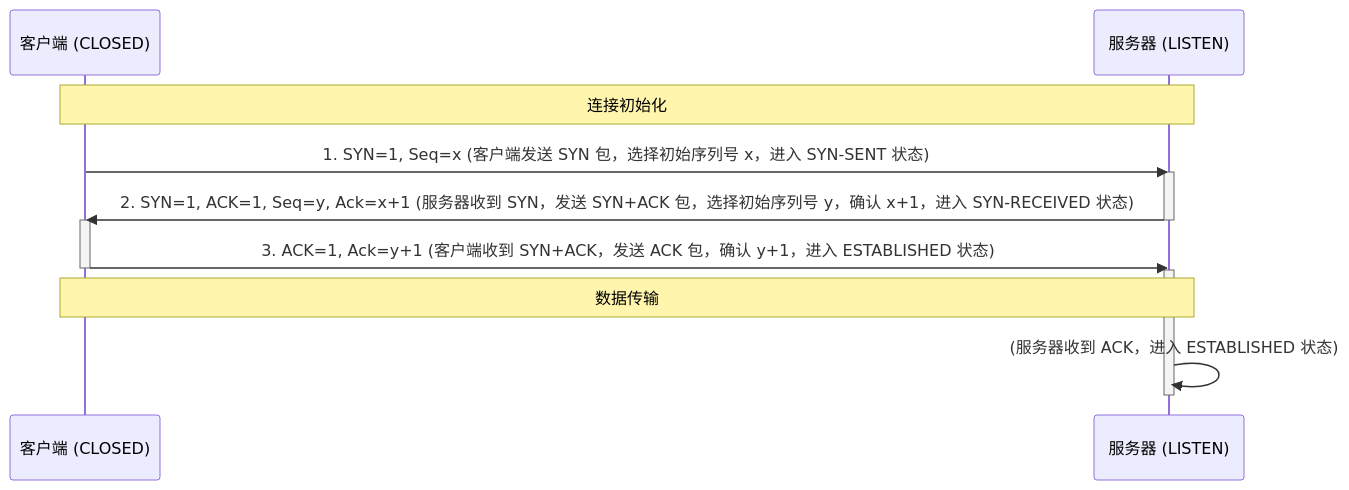
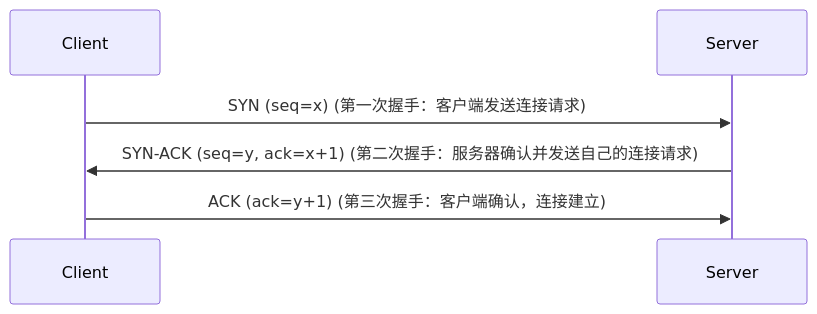
The first of 2 diagrams in source/_posts/2023/2023-03-10_TCP (传输控制协议) 深度详解：可靠、面向连接的字节流基石.md (teatang/t-blog), drawn with Mermaid before and after one commit. The commit also changed other lines of this file and 3 other files, not shown here.

```diff
--- a/source/_posts/2023/2023-03-10_TCP (传输控制协议) 深度详解：可靠、面向连接的字节流基石.md
+++ b/source/_posts/2023/2023-03-10_TCP (传输控制协议) 深度详解：可靠、面向连接的字节流基石.md
@@ -126,18 +102,9 @@
 {% mermaid %}
 sequenceDiagram
-    participant C as 客户端 (CLOSED)
-    participant S as 服务器 (LISTEN)
+    participant Client
+    participant Server
 
-    Note over C,S: 连接初始化
-    C->>S: 1. SYN=1, Seq=x              (客户端发送 SYN 包，选择初始序列号 x，进入 SYN-SENT 状态)
-    activate S
-    S->>C: 2. SYN=1, ACK=1, Seq=y, Ack=x+1 (服务器收到 SYN，发送 SYN+ACK 包，选择初始序列号 y，确认 x+1，进入 SYN-RECEIVED 状态)
-    deactivate S
-    activate C
-    C->>S: 3. ACK=1, Ack=y+1            (客户端收到 SYN+ACK，发送 ACK 包，确认 y+1，进入 ESTABLISHED 状态)
-    deactivate C
-    activate S
-    Note over C,S: 数据传输
-    S->>S: (服务器收到 ACK，进入 ESTABLISHED 状态)
-    deactivate S
+    Client->>Server: SYN (seq=x)  (第一次握手：客户端发送连接请求)
+    Server->>Client: SYN-ACK (seq=y, ack=x+1) (第二次握手：服务器确认并发送自己的连接请求)
+    Client->>Server: ACK (ack=y+1) (第三次握手：客户端确认，连接建立)
 {% endmermaid %}
```
